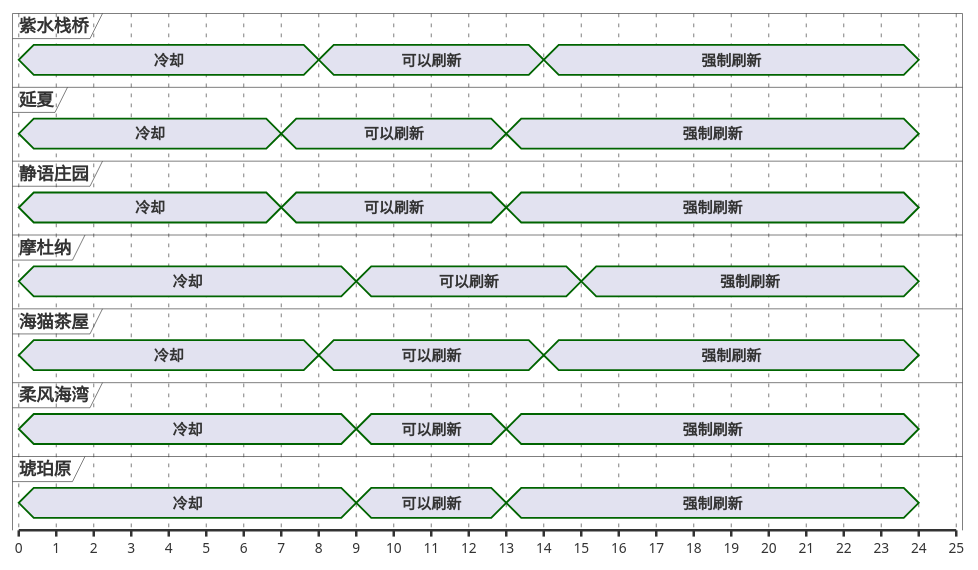
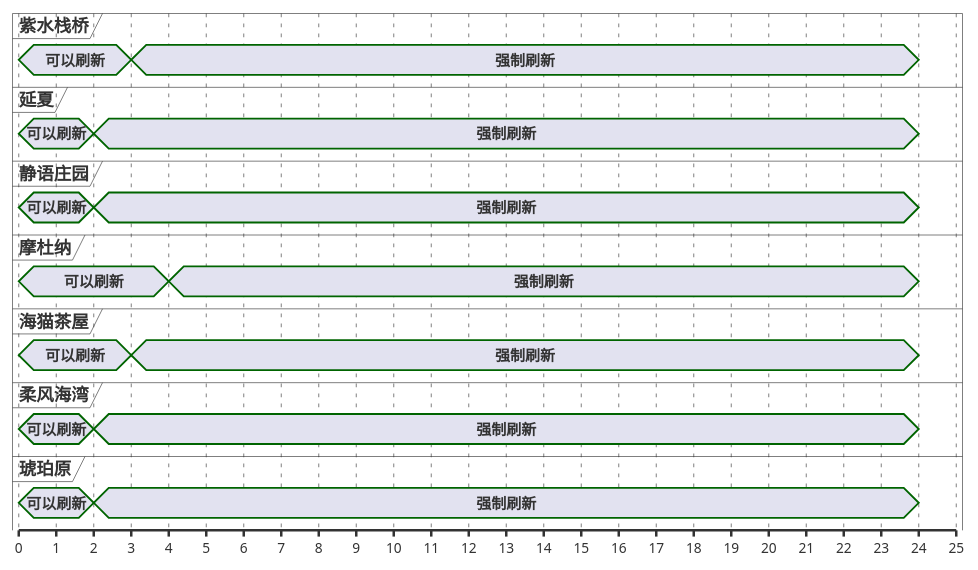
Before and after one commit to Eroleice/doc-pi: the third of 13 diagrams in ffxiv/hunt/2.0/Minhocao.md, drawn with PlantUML. The commit also changed other lines of this file and 38 other files, not shown here.

````diff
--- a/ffxiv/hunt/2.0/Minhocao.md
+++ b/ffxiv/hunt/2.0/Minhocao.md
@@ -165,56 +145,49 @@
 ```plantuml
 @startuml
 scale 1 as 30 pixels
 
 concise 紫水栈桥
 concise 延夏
 concise 静语庄园
 concise 摩杜纳
 concise 海猫茶屋
 concise 柔风海湾
 concise 琥珀原
 
 @延夏
-0 is 冷却
-7 is 可以刷新
-13 is 强制刷新
+0 is 可以刷新
+2 is 强制刷新
 24 is {hidden}
 
 @静语庄园
-0 is 冷却
-7 is 可以刷新
-13 is 强制刷新
+0 is 可以刷新
+2 is 强制刷新
 24 is {hidden}
 
 @柔风海湾
-0 is 冷却
-9 is 可以刷新
-13 is 强制刷新
+0 is 可以刷新
+2 is 强制刷新
 24 is {hidden}
 
 @琥珀原
-0 is 冷却
-9 is 可以刷新
-13 is 强制刷新
+0 is 可以刷新
+2 is 强制刷新
 24 is {hidden}
 
 @海猫茶屋
-0 is 冷却
-8 is 可以刷新
-14 is 强制刷新
+0 is 可以刷新
+3 is 强制刷新
 24 is {hidden}
 
 @紫水栈桥
-0 is 冷却
-8 is 可以刷新
-14 is 强制刷新
+0 is 可以刷新
+3 is 强制刷新
 24 is {hidden}
 
 @摩杜纳
-0 is 冷却
-9 is 可以刷新
-15 is 强制刷新
+0 is 可以刷新
+4 is 强制刷新
 24 is {hidden}
 
 @enduml
 ```
````
